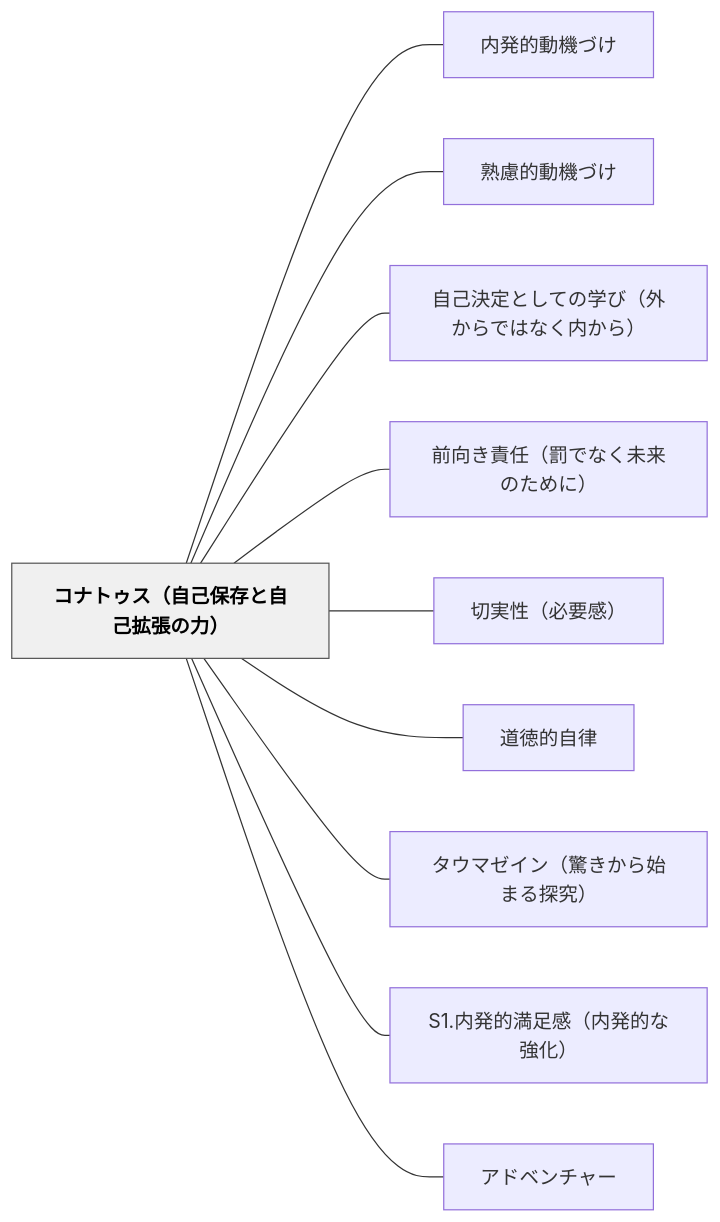
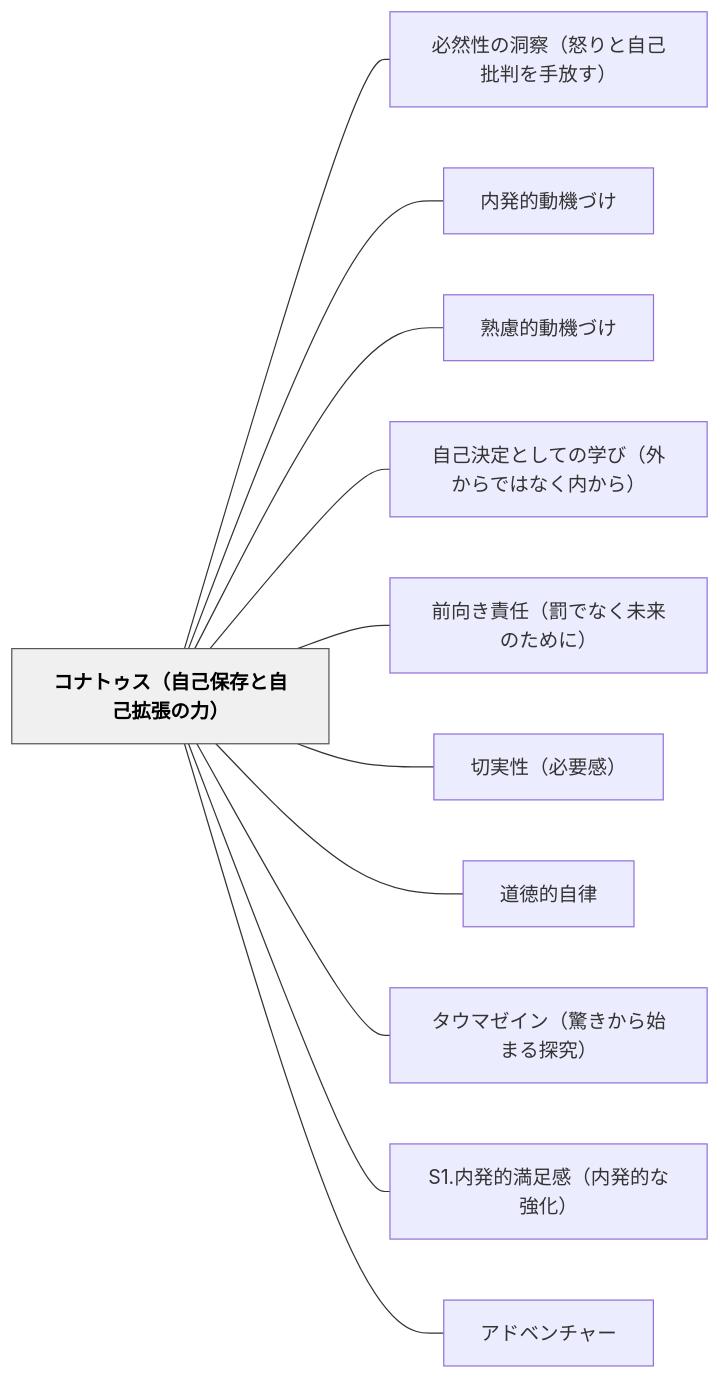
Before and after one commit to unknownthings-ed-patterns/unknownthings-ed-patterns: the diagram in content/パタン/コナトゥス（自己保存と自己拡張の力）.md, drawn with Mermaid. The commit also changed other lines of this file and 185 other files, not shown here.

````diff
--- a/content/パタン/コナトゥス（自己保存と自己拡張の力）.md
+++ b/content/パタン/コナトゥス（自己保存と自己拡張の力）.md
@@ -124,26 +125,28 @@
 ```mermaid
 flowchart LR
     ne382b3e3838ae38388e382a5e382b9efbc88e887aae5b7b1e4bf9de5ad98e381a8e887aae5b7b1e68ba1e5bcb5e381aee58a9befbc89["コナトゥス（自己保存と自己拡張の力）"]
+    ne5bf85e784b6e680a7e381aee6b49ee5af9fefbc88e68092e3828ae381a8e887aae5b7b1e689b9e588a4e38292e6898be694bee38199efbc89["必然性の洞察（怒りと自己批判を手放す）"]
     ne58685e799bae79a84e58b95e6a99fe381a5e38191["内発的動機づけ"]
     ne7869fe685aee79a84e58b95e6a99fe381a5e38191["熟慮的動機づけ"]
     ne887aae5b7b1e6b1bae5ae9ae381a8e38197e381a6e381aee5ada6e381b3efbc88e5a496e3818be38289e381a7e381afe381aae3818fe58685e3818be38289efbc89["自己決定としての学び（外からではなく内から）"]
     ne5898de59091e3818de8b2ace4bbbbefbc88e7bdb0e381a7e381aae3818fe69caae69da5e381aee3819fe38281e381abefbc89["前向き責任（罰でなく未来のために）"]
     ne58887e5ae9fe680a7efbc88e5bf85e8a681e6849fefbc89["切実性（必要感）"]
     ne98193e5beb3e79a84e887aae5be8b["道徳的自律"]
     ne382bfe382a6e3839ee382bce382a4e383b3efbc88e9a99ae3818de3818be38289e5a78be381bee3828be68ea2e7a9b6efbc89["タウマゼイン（驚きから始まる探究）"]
     n53312ee58685e799bae79a84e6ba80e8b6b3e6849fefbc88e58685e799bae79a84e381aae5bcb7e58c96efbc89["S1.内発的満足感（内発的な強化）"]
     ne382a2e38389e38399e383b3e38381e383a3e383bc["アドベンチャー"]
 
+    ne382b3e3838ae38388e382a5e382b9efbc88e887aae5b7b1e4bf9de5ad98e381a8e887aae5b7b1e68ba1e5bcb5e381aee58a9befbc89 --- ne5bf85e784b6e680a7e381aee6b49ee5af9fefbc88e68092e3828ae381a8e887aae5b7b1e689b9e588a4e38292e6898be694bee38199efbc89
     ne382b3e3838ae38388e382a5e382b9efbc88e887aae5b7b1e4bf9de5ad98e381a8e887aae5b7b1e68ba1e5bcb5e381aee58a9befbc89 --- ne58685e799bae79a84e58b95e6a99fe381a5e38191
     ne382b3e3838ae38388e382a5e382b9efbc88e887aae5b7b1e4bf9de5ad98e381a8e887aae5b7b1e68ba1e5bcb5e381aee58a9befbc89 --- ne7869fe685aee79a84e58b95e6a99fe381a5e38191
     ne382b3e3838ae38388e382a5e382b9efbc88e887aae5b7b1e4bf9de5ad98e381a8e887aae5b7b1e68ba1e5bcb5e381aee58a9befbc89 --- ne887aae5b7b1e6b1bae5ae9ae381a8e38197e381a6e381aee5ada6e381b3efbc88e5a496e3818be38289e381a7e381afe381aae3818fe58685e3818be38289efbc89
     ne382b3e3838ae38388e382a5e382b9efbc88e887aae5b7b1e4bf9de5ad98e381a8e887aae5b7b1e68ba1e5bcb5e381aee58a9befbc89 --- ne5898de59091e3818de8b2ace4bbbbefbc88e7bdb0e381a7e381aae3818fe69caae69da5e381aee3819fe38281e381abefbc89
     ne382b3e3838ae38388e382a5e382b9efbc88e887aae5b7b1e4bf9de5ad98e381a8e887aae5b7b1e68ba1e5bcb5e381aee58a9befbc89 --- ne58887e5ae9fe680a7efbc88e5bf85e8a681e6849fefbc89
     ne382b3e3838ae38388e382a5e382b9efbc88e887aae5b7b1e4bf9de5ad98e381a8e887aae5b7b1e68ba1e5bcb5e381aee58a9befbc89 --- ne98193e5beb3e79a84e887aae5be8b
     ne382b3e3838ae38388e382a5e382b9efbc88e887aae5b7b1e4bf9de5ad98e381a8e887aae5b7b1e68ba1e5bcb5e381aee58a9befbc89 --- ne382bfe382a6e3839ee382bce382a4e383b3efbc88e9a99ae3818de3818be38289e5a78be381bee3828be68ea2e7a9b6efbc89
     ne382b3e3838ae38388e382a5e382b9efbc88e887aae5b7b1e4bf9de5ad98e381a8e887aae5b7b1e68ba1e5bcb5e381aee58a9befbc89 --- n53312ee58685e799bae79a84e6ba80e8b6b3e6849fefbc88e58685e799bae79a84e381aae5bcb7e58c96efbc89
     ne382b3e3838ae38388e382a5e382b9efbc88e887aae5b7b1e4bf9de5ad98e381a8e887aae5b7b1e68ba1e5bcb5e381aee58a9befbc89 --- ne382a2e38389e38399e383b3e38381e383a3e383bc
 
     classDef hub fill:#f0f0f0,stroke:#555,color:#000,font-weight:bold
     class ne382b3e3838ae38388e382a5e382b9efbc88e887aae5b7b1e4bf9de5ad98e381a8e887aae5b7b1e68ba1e5bcb5e381aee58a9befbc89 hub
 ```
````
